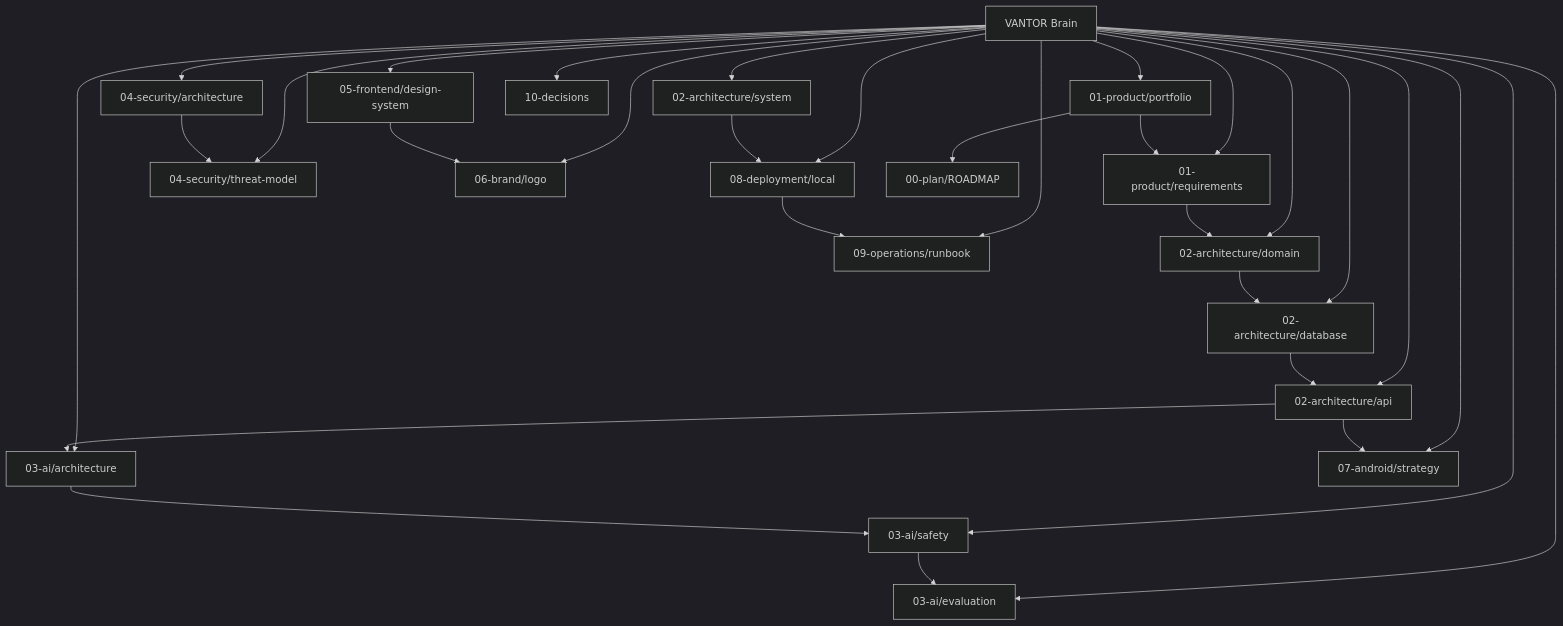
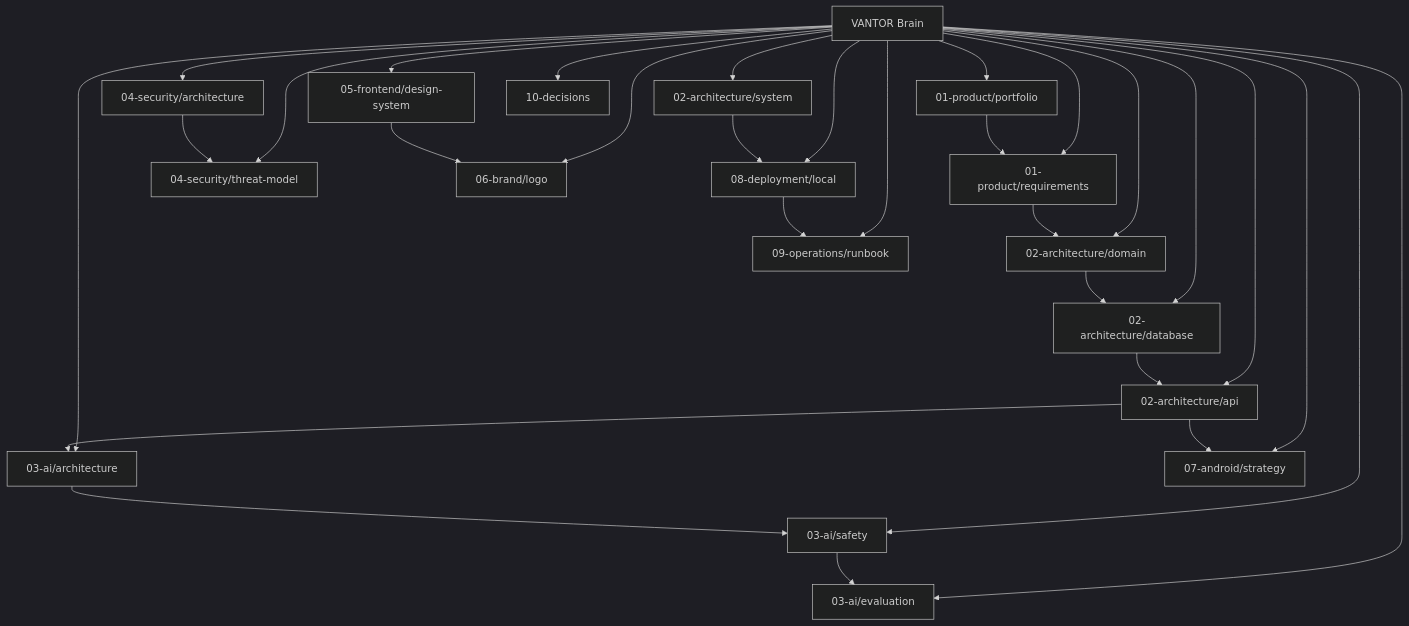
One commit to chandrahotha/Vantor changed the diagram in docs/BRAIN.md. Above: the diagram before and after it, drawn with Mermaid (dark theme). The commit also changed other lines of this file and 19 other files, not shown here.

````diff
--- a/docs/BRAIN.md
+++ b/docs/BRAIN.md
@@ -19,28 +20,27 @@
 ```mermaid
 flowchart TD
     BRAIN[VANTOR Brain] --> PRD[01-product/requirements]
     BRAIN --> PORT[01-product/portfolio]
     BRAIN --> SYS[02-architecture/system]
     BRAIN --> DOM[02-architecture/domain]
     BRAIN --> DB[02-architecture/database]
     BRAIN --> API[02-architecture/api]
     BRAIN --> AI[03-ai/architecture]
     BRAIN --> SAFE[03-ai/safety]
     BRAIN --> EVAL[03-ai/evaluation]
     BRAIN --> SEC[04-security/architecture]
     BRAIN --> THREAT[04-security/threat-model]
     BRAIN --> UI[05-frontend/design-system]
     BRAIN --> BRAND[06-brand/logo]
     BRAIN --> ANDROID[07-android/strategy]
     BRAIN --> DEPLOY[08-deployment/local]
     BRAIN --> OPS[09-operations/runbook]
     BRAIN --> ADR[10-decisions]
     PRD --> DOM --> DB --> API --> AI
     PORT --> PRD
-    PORT --> ROADMAP[00-plan/ROADMAP]
     API --> ANDROID
     AI --> SAFE --> EVAL
     SEC --> THREAT
     SYS --> DEPLOY --> OPS
     UI --> BRAND
 ```
````
